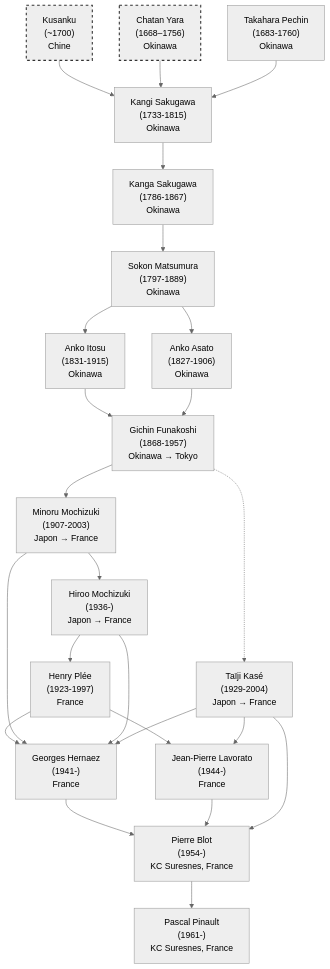
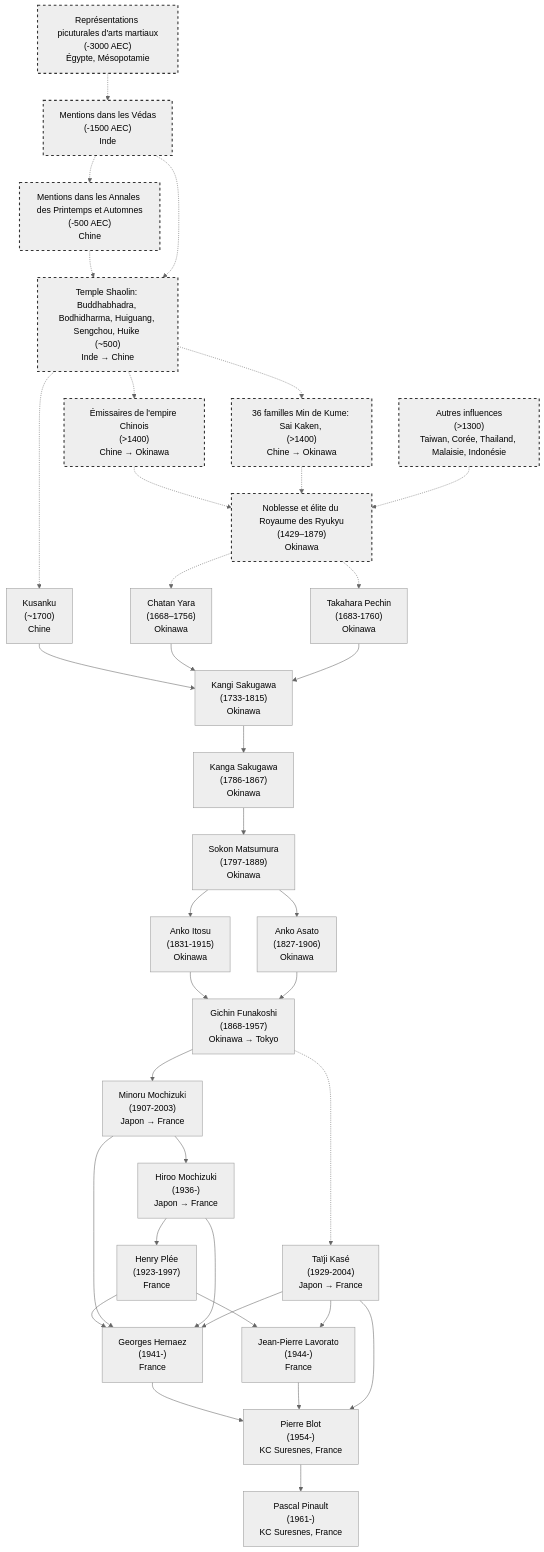
Before and after one commit to NicolasPA/kcsuresnes: the diagram in pages/lignee.md, drawn with Mermaid (neutral theme).

Commit message:
Update lineage diagram with additional historical nodes

````diff
--- a/pages/lignee.md
+++ b/pages/lignee.md
@@ -3,34 +3,49 @@
 ```mermaid
 graph TD
-    A1["Kusanku<br/>(~1700)<br/>Chine"]
+    A01["Représentations picuturales d'arts martiaux<br/>(-3000 AEC)<br/>Égypte, Mésopotamie"]
+    -.-> A02["Mentions dans les Védas<br/>(-1500 AEC)<br/>Inde"]
+    -.-> A03["Mentions dans les Annales des Printemps et Automnes<br/>(-500 AEC)<br/>Chine"]
+    -.-> A04["Temple Shaolin: Buddhabhadra, Bodhidharma, Huiguang, Sengchou, Huike <br/>(~500)<br/>Inde → Chine"]
+    A02 -.-> A04
+
+    -.-> A05["36 familles Min de Kume: Sai Kaken, <br/>(>1400)<br/>Chine → Okinawa"]
+    A04 -.-> A06["Émissaires de l'empire Chinois<br/>(>1400)<br/>Chine → Okinawa"]
+    -.-> A07["Noblesse et élite du Royaume des Ryukyu<br/>(1429–1879)<br/>Okinawa"]
+    A05 -.-> A07
+    A08["Autres influences<br/>(>1300)<br/>Taiwan, Corée, Thailand, Malaisie, Indonésie"]
+    A08 -.-> A07
+
+    A04 -.-> A1["Kusanku<br/>(~1700)<br/>Chine"]
     A2["Chatan Yara<br/>(1668–1756)<br/>Okinawa"]
+    A07 -.-> A2
     A3["Takahara Pechin<br/>(1683-1760)<br/>Okinawa"]
+    A07 -.-> A3
     B1["Kangi Sakugawa<br/>(1733-1815)<br/>Okinawa"]
     A1 --> B1
     A2 --> B1
     A3 --> B1
     --> B2["Kanga Sakugawa<br/>(1786-1867)<br/>Okinawa"]
     --> C["Sokon Matsumura<br/>(1797-1889)<br/>Okinawa"]
     --> D["Anko Itosu<br/>(1831-1915)<br/>Okinawa"]
     C --> E["Anko Asato<br/>(1827-1906)<br/>Okinawa"]
     D --> F["Gichin Funakoshi<br/>(1868-1957)<br/>Okinawa → Tokyo"]
     E --> F
     --> G["Minoru Mochizuki<br/>(1907-2003)<br/>Japon → France"]
     --> H["Hiroo Mochizuki<br/>(1936-)<br/>Japon → France"]
     --> I["Henry Plée<br/>(1923-1997)<br/>France"]
     J["Taïji Kasé<br/>(1929-2004)<br/>Japon → France"]
     F -.-> J
     I --> K["Jean-Pierre Lavorato<br/>(1944-)<br/>France"]
     J --> K
     I --> L["Georges Hernaez<br/>(1941-)<br/>France"]
     G --> L
     H --> L
     J --> L
     L --> M["Pierre Blot<br/>(1954-)<br/>KC Suresnes, France"]
     K --> M
     J --> M
     M --> N["Pascal Pinault<br/>(1961-)<br/>KC Suresnes, France"]
     
     classDef dottedStyle stroke:#333,stroke-dasharray: 5 5,stroke-width:2px
-    class A1,A2 dottedStyle
+    class A01,A02,A03,A04,A05,A06,A07,A08 dottedStyle
 ```
````
